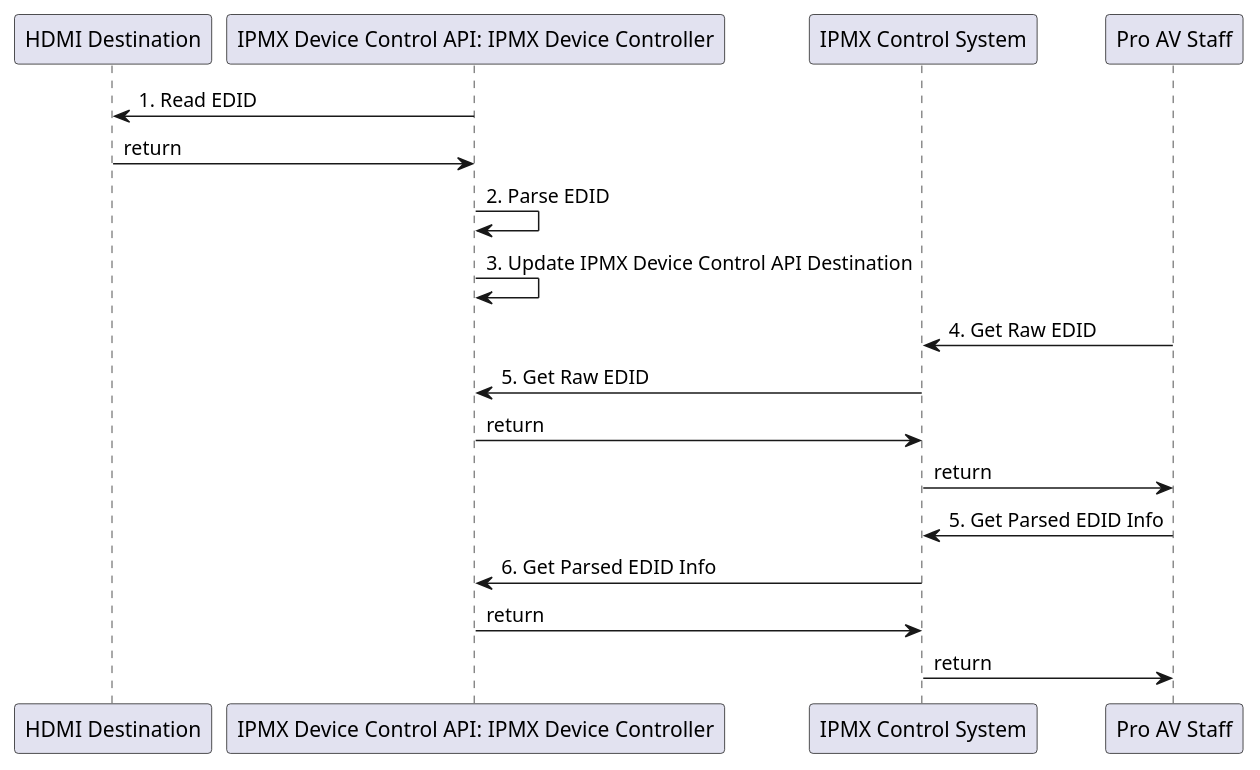
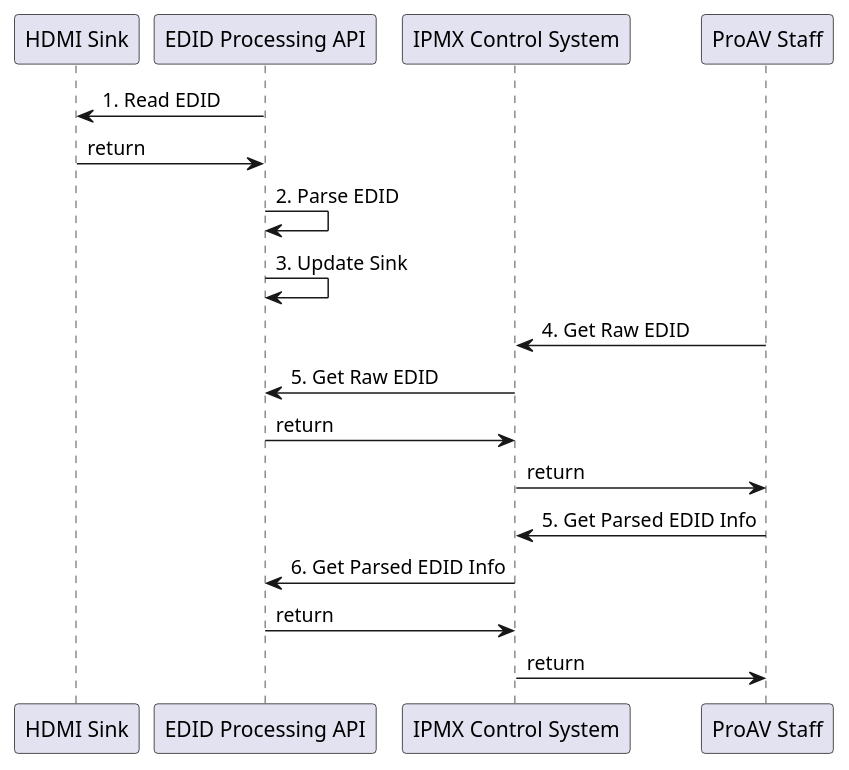
Before and after one commit to AMWA-TV/bcp-005-01: the diagram in docs/images/puml/edid_retrieving_sequence.puml, drawn with PlantUML. The commit also changed 41 other files, not shown here.

First line of the commit message:
EDID Processing API and proofreading (#37)

```diff
--- a/docs/images/puml/edid_retrieving_sequence.puml
+++ b/docs/images/puml/edid_retrieving_sequence.puml
@@ -1,19 +1,19 @@
 @startuml
-participant "HDMI Destination"
-participant "IPMX Device Control API: IPMX Device Controller"
+participant "HDMI Sink"
+participant "EDID Processing API"
 participant "IPMX Control System"
-participant "Pro AV Staff"
+participant "ProAV Staff"
 
-"HDMI Destination" <- "IPMX Device Control API: IPMX Device Controller": 1. Read EDID
-"HDMI Destination" -> "IPMX Device Control API: IPMX Device Controller": return
-"IPMX Device Control API: IPMX Device Controller" -> "IPMX Device Control API: IPMX Device Controller": 2. Parse EDID
-"IPMX Device Control API: IPMX Device Controller" -> "IPMX Device Control API: IPMX Device Controller": 3. Update IPMX Device Control API Destination
-"IPMX Control System" <- "Pro AV Staff": 4. Get Raw EDID
-"IPMX Control System" -> "IPMX Device Control API: IPMX Device Controller": 5. Get Raw EDID
-"IPMX Control System" <- "IPMX Device Control API: IPMX Device Controller": return
-"IPMX Control System" -> "Pro AV Staff": return
-"IPMX Control System" <- "Pro AV Staff": 5. Get Parsed EDID Info
-"IPMX Control System" -> "IPMX Device Control API: IPMX Device Controller": 6. Get Parsed EDID Info
-"IPMX Control System" <- "IPMX Device Control API: IPMX Device Controller": return
-"IPMX Control System" -> "Pro AV Staff": return
+"HDMI Sink" <- "EDID Processing API": 1. Read EDID
+"HDMI Sink" -> "EDID Processing API": return
+"EDID Processing API" -> "EDID Processing API": 2. Parse EDID
+"EDID Processing API" -> "EDID Processing API": 3. Update Sink
+"IPMX Control System" <- "ProAV Staff": 4. Get Raw EDID
+"IPMX Control System" -> "EDID Processing API": 5. Get Raw EDID
+"IPMX Control System" <- "EDID Processing API": return
+"IPMX Control System" -> "ProAV Staff": return
+"IPMX Control System" <- "ProAV Staff": 5. Get Parsed EDID Info
+"IPMX Control System" -> "EDID Processing API": 6. Get Parsed EDID Info
+"IPMX Control System" <- "EDID Processing API": return
+"IPMX Control System" -> "ProAV Staff": return
 @enduml
```
